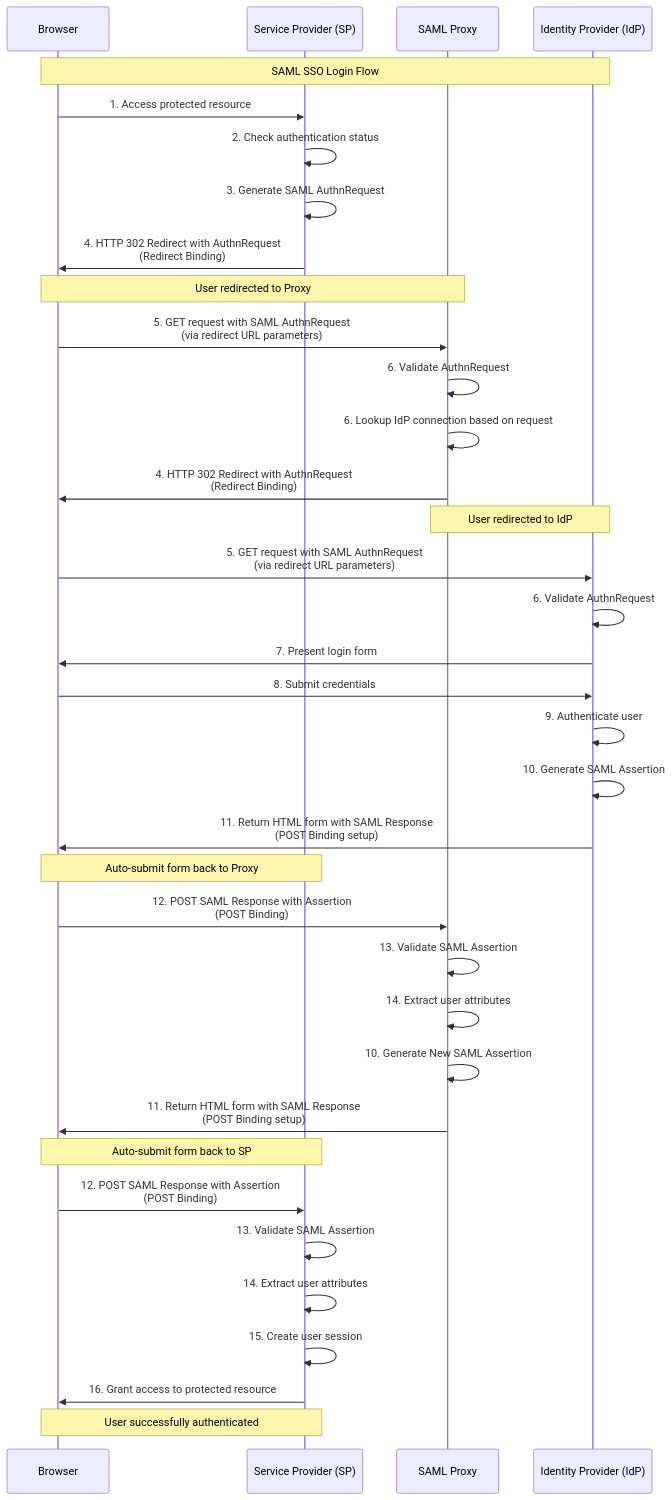
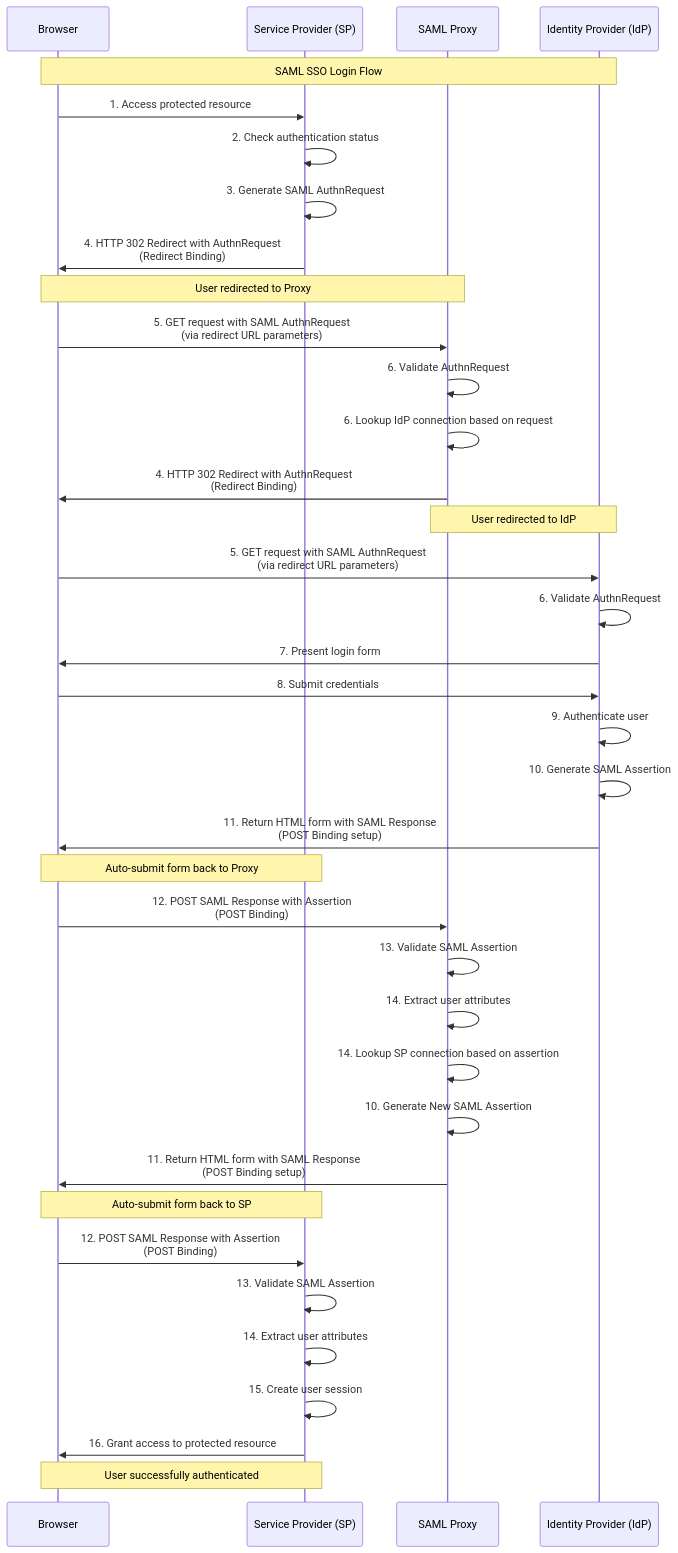
The diagram in README.md (mikehadlow/samlproxy), drawn with Mermaid before and after one commit.

Commit message:
Connection lookup step missing

````diff
--- a/README.md
+++ b/README.md
@@ -6,49 +6,50 @@
 ```mermaid
 sequenceDiagram
     participant Browser
     participant SP as Service Provider (SP)
     participant Proxy as SAML Proxy
     participant IdP as Identity Provider (IdP)
 
     Note over Browser,IdP: SAML SSO Login Flow
 
     Browser->>SP: 1. Access protected resource
     SP->>SP: 2. Check authentication status
     SP->>SP: 3. Generate SAML AuthnRequest
     SP->>Browser: 4. HTTP 302 Redirect with AuthnRequest<br/>(Redirect Binding)
 
     Note over Browser,Proxy: User redirected to Proxy
 
     Browser->>Proxy: 5. GET request with SAML AuthnRequest<br/>(via redirect URL parameters)
     Proxy->>Proxy: 6. Validate AuthnRequest
     Proxy->>Proxy: 6. Lookup IdP connection based on request
     Proxy->>Browser: 4. HTTP 302 Redirect with AuthnRequest<br/>(Redirect Binding)
 
     Note over Proxy,IdP: User redirected to IdP
 
     Browser->>IdP: 5. GET request with SAML AuthnRequest<br/>(via redirect URL parameters)
     IdP->>IdP: 6. Validate AuthnRequest
     IdP->>Browser: 7. Present login form
     Browser->>IdP: 8. Submit credentials
     IdP->>IdP: 9. Authenticate user
     IdP->>IdP: 10. Generate SAML Assertion
     IdP->>Browser: 11. Return HTML form with SAML Response<br/>(POST Binding setup)
 
     Note over Browser,SP: Auto-submit form back to Proxy
 
     Browser->>Proxy: 12. POST SAML Response with Assertion<br/>(POST Binding)
     Proxy->>Proxy: 13. Validate SAML Assertion
     Proxy->>Proxy: 14. Extract user attributes
+    Proxy->>Proxy: 14. Lookup SP connection based on assertion
     Proxy->>Proxy: 10. Generate New SAML Assertion
     Proxy->>Browser: 11. Return HTML form with SAML Response<br/>(POST Binding setup)
 
     Note over Browser,SP: Auto-submit form back to SP
 
     Browser->>SP: 12. POST SAML Response with Assertion<br/>(POST Binding)
     SP->>SP: 13. Validate SAML Assertion
     SP->>SP: 14. Extract user attributes
     SP->>SP: 15. Create user session
     SP->>Browser: 16. Grant access to protected resource
 
     Note over Browser,SP: User successfully authenticated
 ```
````
